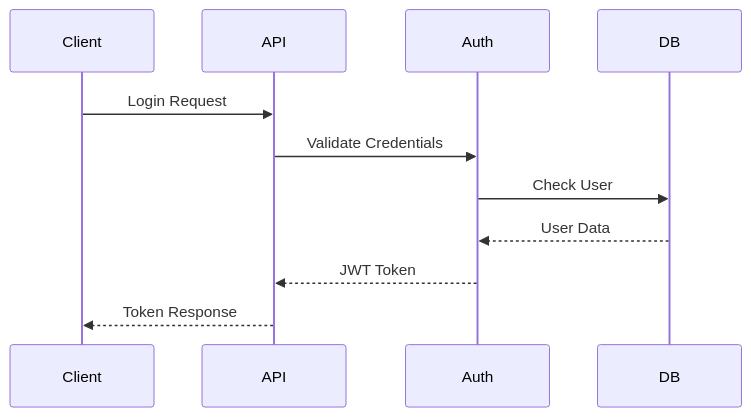
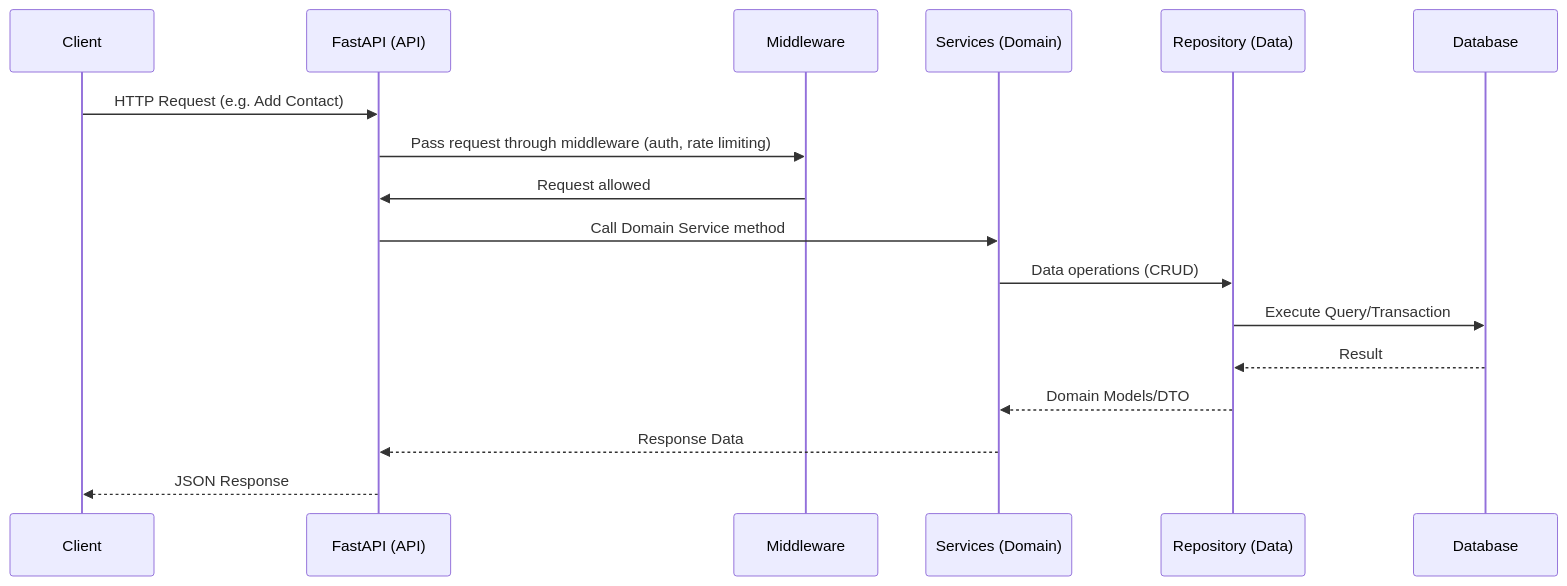
Before and after one commit to 47products/Neighbour-Approved: the second of 2 diagrams in docs/architecture-design.md, drawn with Mermaid. The commit also changed other lines of this file and 189 other files, not shown here.

````diff
--- a/docs/architecture-design.md
+++ b/docs/architecture-design.md
@@ -147,14 +220,20 @@
 ```mermaid
 sequenceDiagram
     participant Client
-    participant API
-    participant Auth
-    participant DB
-    
-    Client->>API: Login Request
-    API->>Auth: Validate Credentials
-    Auth->>DB: Check User
-    DB-->>Auth: User Data
-    Auth-->>API: JWT Token
-    API-->>Client: Token Response
+    participant API as FastAPI (API)
+    participant MW as Middleware
+    participant SVC as Services (Domain)
+    participant REPO as Repository (Data)
+    participant DB as Database
+
+    Client->>API: HTTP Request (e.g. Add Contact)
+    API->>MW: Pass request through middleware (auth, rate limiting)
+    MW->>API: Request allowed
+    API->>SVC: Call Domain Service method
+    SVC->>REPO: Data operations (CRUD)
+    REPO->>DB: Execute Query/Transaction
+    DB-->>REPO: Result
+    REPO-->>SVC: Domain Models/DTO
+    SVC-->>API: Response Data
+    API-->>Client: JSON Response
 ```
````
